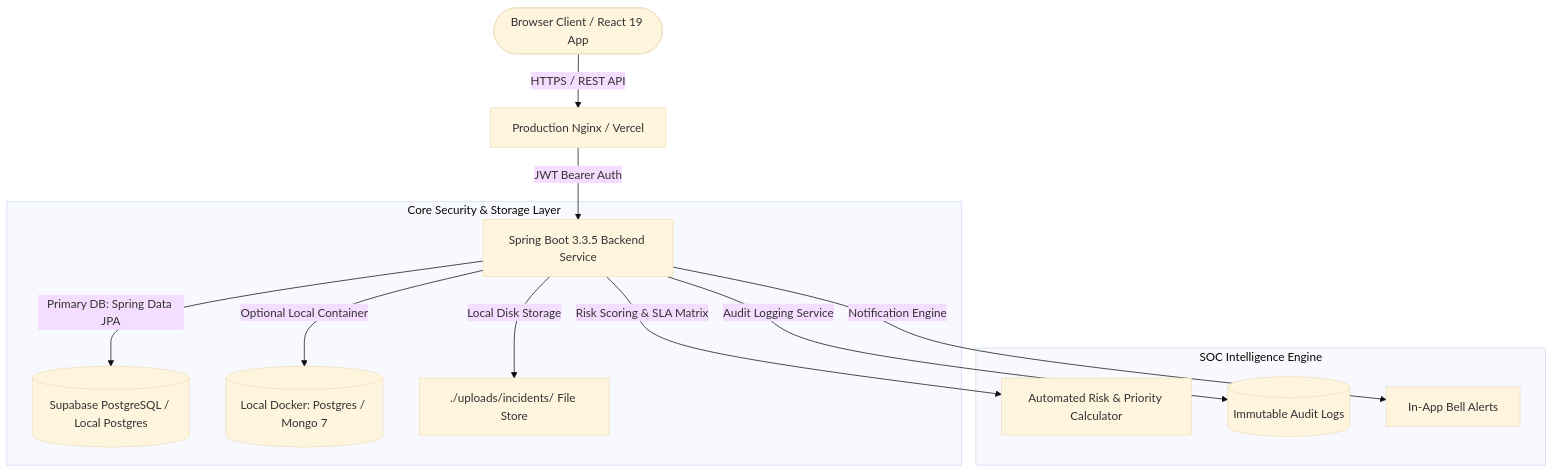
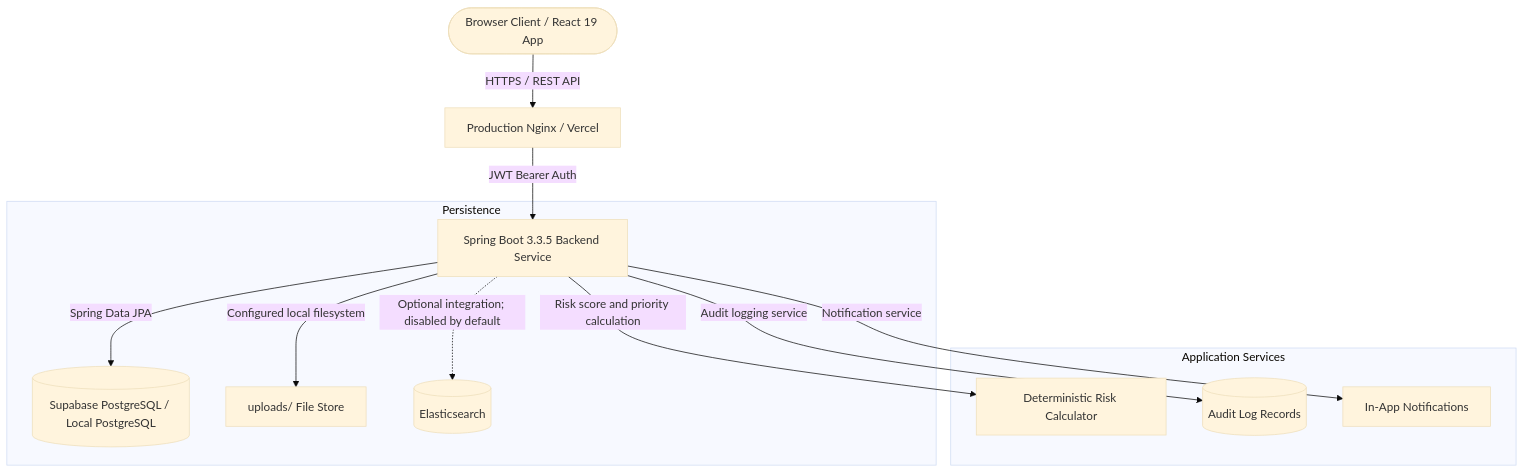
One commit to Pranav-0440/threat-incident-management changed the diagram in README.md. Above: the diagram before and after it, drawn with Mermaid (base theme). The commit also changed other lines of this file and 1 other file, not shown here.

````diff
--- a/README.md
+++ b/README.md
@@ -25,17 +25,17 @@
 ```mermaid
 graph TD
     User([Browser Client / React 19 App]) -->|HTTPS / REST API| Nginx[Production Nginx / Vercel]
     Nginx -->|JWT Bearer Auth| SpringBoot[Spring Boot 3.3.5 Backend Service]
     
-    subgraph Core Security & Storage Layer
-        SpringBoot -->|Primary DB: Spring Data JPA| Supabase[(Supabase PostgreSQL / Local Postgres)]
-        SpringBoot -->|Optional Local Container| DockerDB[(Local Docker: Postgres / Mongo 7)]
-        SpringBoot -->|Local Disk Storage| UploadsDir[./uploads/incidents/ File Store]
+    subgraph Persistence
+        SpringBoot -->|Spring Data JPA| Postgres[(Supabase PostgreSQL / Local PostgreSQL)]
+        SpringBoot -->|Configured local filesystem| UploadsDir[uploads/ File Store]
+        SpringBoot -.->|Optional integration; disabled by default| Elasticsearch[(Elasticsearch)]
     end
 
-    subgraph SOC Intelligence Engine
-        SpringBoot -->|Risk Scoring & SLA Matrix| RiskEngine[Automated Risk & Priority Calculator]
-        SpringBoot -->|Audit Logging Service| AuditLogs[(Immutable Audit Logs)]
-        SpringBoot -->|Notification Engine| Notifications[In-App Bell Alerts]
+    subgraph Application Services
+        SpringBoot -->|Risk score and priority calculation| RiskEngine[Deterministic Risk Calculator]
+        SpringBoot -->|Audit logging service| AuditLogs[(Audit Log Records)]
+        SpringBoot -->|Notification service| Notifications[In-App Notifications]
     end
 ```
````
